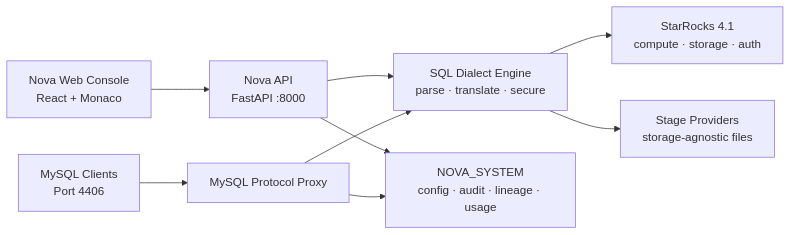
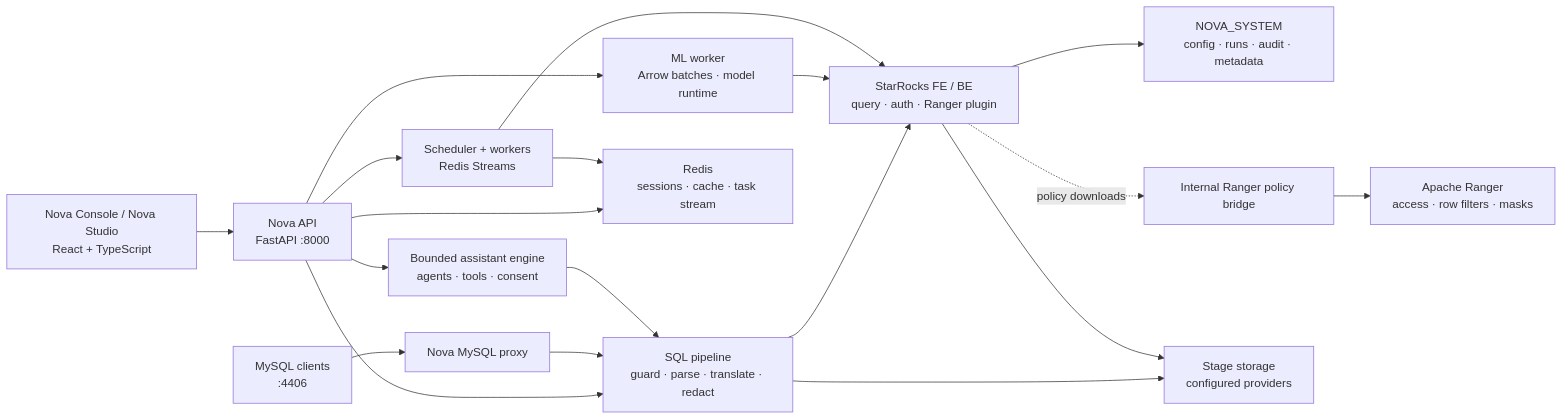
One commit to dwickyfp/nova changed the diagram in README.md. Above: the diagram before and after it, drawn with Mermaid. The commit also changed other lines of this file and 3 other files, not shown here.

Commit message:
docs: refresh Nova README and Studio screenshots

````diff
--- a/README.md
+++ b/README.md
@@ -354,20 +93,36 @@
 ```mermaid
 flowchart LR
-    UI["Nova Web Console<br/>React + Monaco"]
-    CLIENT["MySQL Clients<br/>Port 4406"]
+    Web["Nova Console / Nova Studio<br/>React + TypeScript"]
+    Client["MySQL clients<br/>:4406"]
     API["Nova API<br/>FastAPI :8000"]
-    PROXY["MySQL Protocol Proxy"]
-    PIPELINE["SQL Dialect Engine<br/>parse · translate · secure"]
-    SR["StarRocks 4.1<br/>compute · storage · auth"]
-    STAGE["Stage Providers<br/>storage-agnostic files"]
-    SYSTEM["NOVA_SYSTEM<br/>config · audit · lineage · usage"]
+    Proxy["Nova MySQL proxy"]
+    SQL["SQL pipeline<br/>guard · parse · translate · redact"]
+    Agent["Bounded assistant engine<br/>agents · tools · consent"]
+    ML["ML worker<br/>Arrow batches · model runtime"]
+    Tasks["Scheduler + workers<br/>Redis Streams"]
+    FE["StarRocks FE / BE<br/>query · auth · Ranger plugin"]
+    System["NOVA_SYSTEM<br/>config · runs · audit · metadata"]
+    Redis["Redis<br/>sessions · cache · task stream"]
+    Bridge["Internal Ranger policy bridge"]
+    Ranger["Apache Ranger<br/>access · row filters · masks"]
+    Stage["Stage storage<br/>configured providers"]
 
-    UI --> API
-    CLIENT --> PROXY
-    API --> PIPELINE
-    PROXY --> PIPELINE
-    PIPELINE --> SR
-    PIPELINE --> STAGE
-    API --> SYSTEM
-    PROXY --> SYSTEM
+    Web --> API
+    Client --> Proxy
+    API --> SQL
+    Proxy --> SQL
+    API --> Agent
+    Agent --> SQL
+    API --> ML
+    API --> Tasks
+    SQL --> FE
+    ML --> FE
+    Tasks --> FE
+    FE --> System
+    API --> Redis
+    Tasks --> Redis
+    FE -.->|policy downloads| Bridge
+    Bridge --> Ranger
+    SQL --> Stage
+    FE --> Stage
 ```
````
